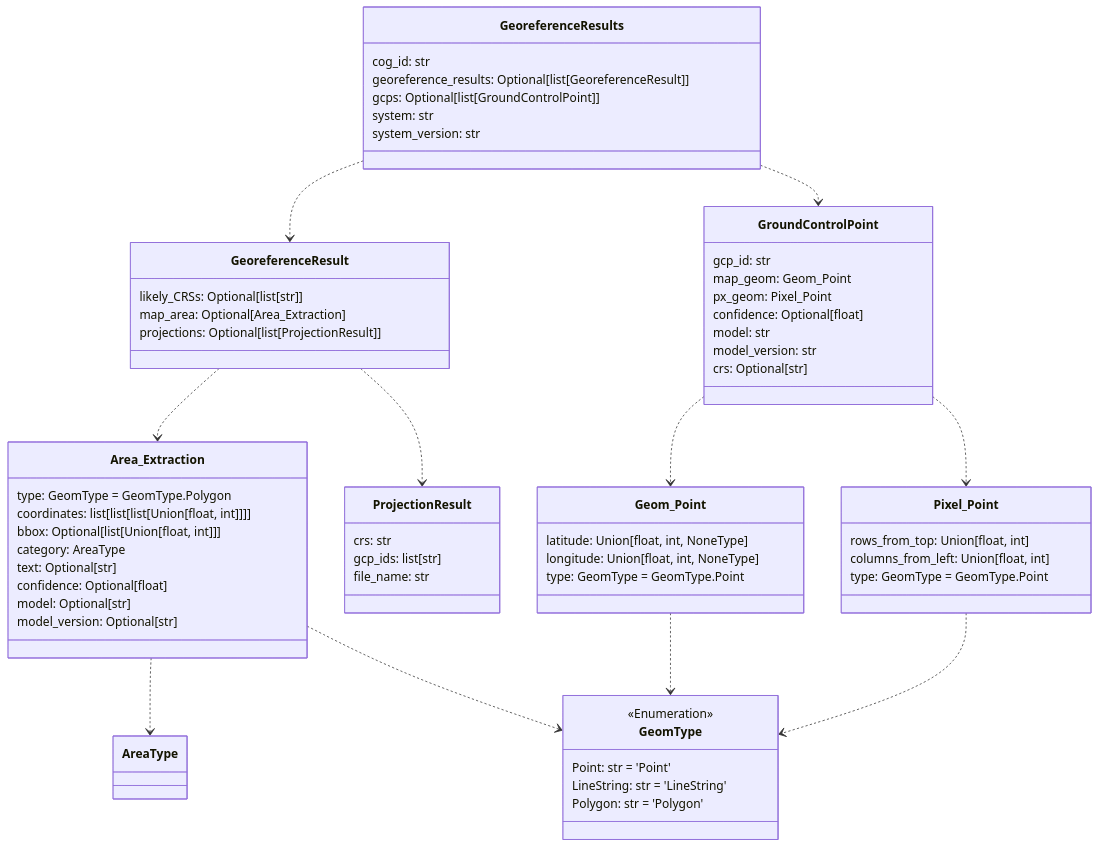
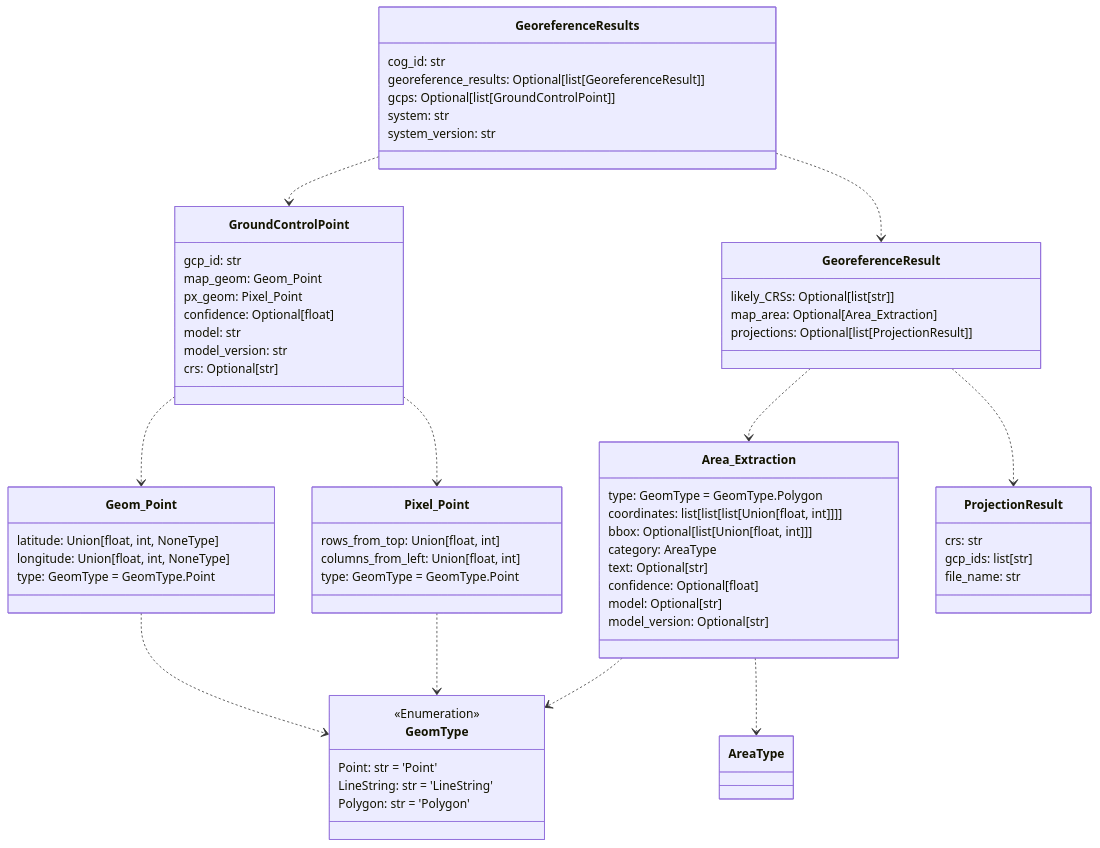
One commit to DARPA-CRITICALMAAS/cdr_schemas changed the first of 11 diagrams in README.md. Above: the diagram before and after it, drawn with Mermaid. The commit also changed other lines of this file and 3 other files, not shown here.

````diff
--- a/README.md
+++ b/README.md
@@ -50,76 +50,76 @@
 ```mermaid
 classDiagram
+
+    class Area_Extraction {
+        type: GeomType = GeomType.Polygon
+        coordinates: list[list[list[Union[float, int]]]]
+        bbox: Optional[list[Union[float, int]]]
+        category: AreaType
+        text: Optional[str]
+        confidence: Optional[float]
+        model: Optional[str]
+        model_version: Optional[str]
+    }
+
+    class Geom_Point {
+        latitude: Union[float, int, NoneType]
+        longitude: Union[float, int, NoneType]
+        type: GeomType = GeomType.Point
+    }
+
+    class Pixel_Point {
+        rows_from_top: Union[float, int]
+        columns_from_left: Union[float, int]
+        type: GeomType = GeomType.Point
+    }
+
+    class ProjectionResult {
+        crs: str
+        gcp_ids: list[str]
+        file_name: str
+    }
 
     class GeoreferenceResult {
         likely_CRSs: Optional[list[str]]
         map_area: Optional[Area_Extraction]
         projections: Optional[list[ProjectionResult]]
     }
 
     class GeoreferenceResults {
         cog_id: str
         georeference_results: Optional[list[GeoreferenceResult]]
         gcps: Optional[list[GroundControlPoint]]
         system: str
         system_version: str
     }
 
-    class Pixel_Point {
-        rows_from_top: Union[float, int]
-        columns_from_left: Union[float, int]
-        type: GeomType = GeomType.Point
-    }
-
-    class Area_Extraction {
-        type: GeomType = GeomType.Polygon
-        coordinates: list[list[list[Union[float, int]]]]
-        bbox: Optional[list[Union[float, int]]]
-        category: AreaType
-        text: Optional[str]
-        confidence: Optional[float]
-        model: Optional[str]
-        model_version: Optional[str]
-    }
-
-    class GeomType {
-        <<Enumeration>>
-        Point: str = 'Point'
-        LineString: str = 'LineString'
-        Polygon: str = 'Polygon'
-    }
-
-    class ProjectionResult {
-        crs: str
-        gcp_ids: list[str]
-        file_name: str
-    }
-
-    class Geom_Point {
-        latitude: Union[float, int, NoneType]
-        longitude: Union[float, int, NoneType]
-        type: GeomType = GeomType.Point
-    }
-
     class GroundControlPoint {
         gcp_id: str
         map_geom: Geom_Point
         px_geom: Pixel_Point
         confidence: Optional[float]
         model: str
         model_version: str
         crs: Optional[str]
     }
 
+    class GeomType {
+        <<Enumeration>>
+        Point: str = 'Point'
+        LineString: str = 'LineString'
+        Polygon: str = 'Polygon'
+    }
+
+    Area_Extraction ..> GeomType
     Area_Extraction ..> AreaType
-    Area_Extraction ..> GeomType
     Geom_Point ..> GeomType
     Pixel_Point ..> GeomType
     GroundControlPoint ..> Geom_Point
     GroundControlPoint ..> Pixel_Point
     GeoreferenceResult ..> Area_Extraction
     GeoreferenceResult ..> ProjectionResult
+    GeoreferenceResults ..> GroundControlPoint
     GeoreferenceResults ..> GeoreferenceResult
-    GeoreferenceResults ..> GroundControlPoint
 
 
 ```
````
